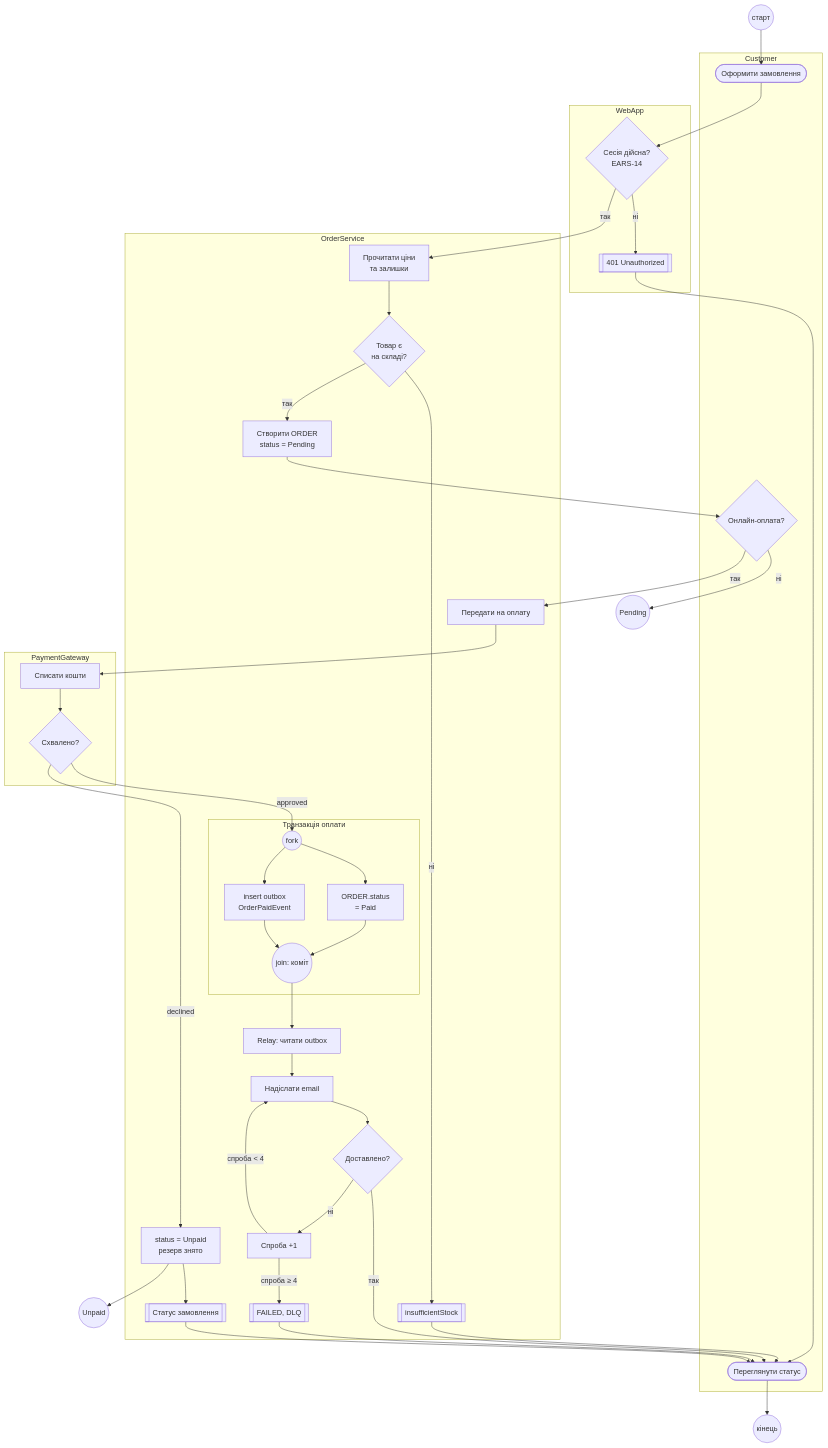
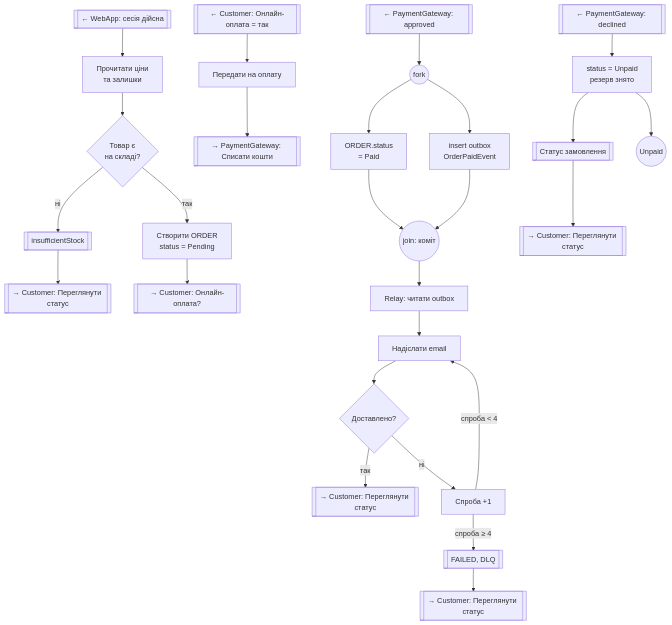
The third of 4 diagrams in task-4/activity.md (Stefect/Modeling-and-Analysis-of-Software-Requirements), drawn with Mermaid before and after one commit. The commit also changed other lines of this file and 3 other files, not shown here.

````diff
--- a/task-4/activity.md
+++ b/task-4/activity.md
@@ -6,65 +40,31 @@
 ```mermaid
 flowchart TB
-    START((старт))
+    O0in[[← WebApp: сесія дійсна]] --> O1[Прочитати ціни<br/>та залишки]
+    O1 --> O2{Товар є<br/>на складі?}
+    O2 -- ні --> O3[[insufficientStock]]
+    O3 --> O3out[[→ Customer: Переглянути статус]]
+    O2 -- так --> O4[Створити ORDER<br/>status = Pending]
+    O4 --> O4out[[→ Customer: Онлайн-оплата?]]
 
-    subgraph CUST["Customer"]
-        C1([Оформити замовлення])
-        C2{Онлайн-оплата?}
-        C3([Переглянути статус])
-    end
+    O10in[[← Customer: Онлайн-оплата = так]] --> O10[Передати на оплату]
+    O10 --> O10out[[→ PaymentGateway: Списати кошти]]
 
-    subgraph WEB["WebApp"]
-        W1{Сесія дійсна?<br/>EARS-14}
-        W2[[401 Unauthorized]]
-    end
+    P_ok[[← PaymentGateway: approved]] --> O5((fork))
+    O5 --> O6[ORDER.status<br/>= Paid]
+    O5 --> O7[insert outbox<br/>OrderPaidEvent]
+    O6 --> O8((join: коміт))
+    O7 --> O8
+    O8 --> R1[Relay: читати outbox]
+    R1 --> R2[Надіслати email]
+    R2 --> R3{Доставлено?}
+    R3 -- так --> R3out[[→ Customer: Переглянути статус]]
+    R3 -- ні --> R4[Спроба +1]
+    R4 -- спроба < 4 --> R2
+    R4 -- спроба ≥ 4 --> R5[[FAILED, DLQ]]
+    R5 --> R5out[[→ Customer: Переглянути статус]]
 
-    subgraph ORD["OrderService"]
-        O1[Прочитати ціни<br/>та залишки]
-        O2{Товар є<br/>на складі?}
-        O3[[insufficientStock]]
-        O4[Створити ORDER<br/>status = Pending]
-        O10[Передати на оплату]
-        subgraph TX["Транзакція оплати"]
-            O5((fork))
-            O6[ORDER.status<br/>= Paid]
-            O7[insert outbox<br/>OrderPaidEvent]
-            O8((join: коміт))
-        end
-        O9[status = Unpaid<br/>резерв знято]
-        O11[[Статус замовлення]]
-        R1[Relay: читати outbox]
-        R2[Надіслати email]
-        R3{Доставлено?}
-        R4[Спроба +1]
-        R5[[FAILED, DLQ]]
-    end
-
-    subgraph PAY["PaymentGateway"]
-        P1[Списати кошти]
-        P2{Схвалено?}
-    end
-
-    STOP((кінець))
-    UNP((Unpaid))
-    PEND((Pending))
-
-    START --> C1 --> W1
-    W1 -- ні --> W2 --> C3
-    W1 -- так --> O1 --> O2
-    O2 -- ні --> O3 --> C3
-    O2 -- так --> O4 --> C2
-    C2 -- ні --> PEND
-    C2 -- так --> O10 --> P1 --> P2
-    P2 -- approved --> O5
-    O5 --> O6 --> O8
-    O5 --> O7 --> O8
-    O8 --> R1 --> R2 --> R3
-    R3 -- так --> C3
-    R3 -- ні --> R4
-    R4 -- спроба < 4 --> R2
-    R4 -- спроба ≥ 4 --> R5 --> C3
-    P2 -- declined --> O9 --> O11
-    O11 --> C3
-    O9 --> UNP
-    C3 --> STOP
+    P_no[[← PaymentGateway: declined]] --> O9[status = Unpaid<br/>резерв знято]
+    O9 --> O11[[Статус замовлення]]
+    O11 --> O11out[[→ Customer: Переглянути статус]]
+    O9 --> UNP((Unpaid))
 ```
````
